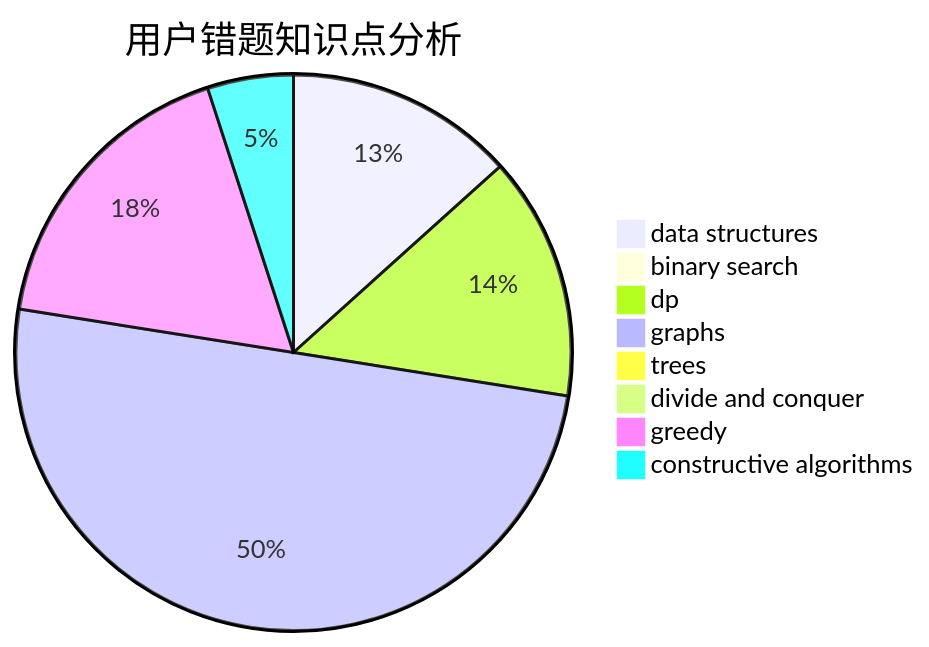
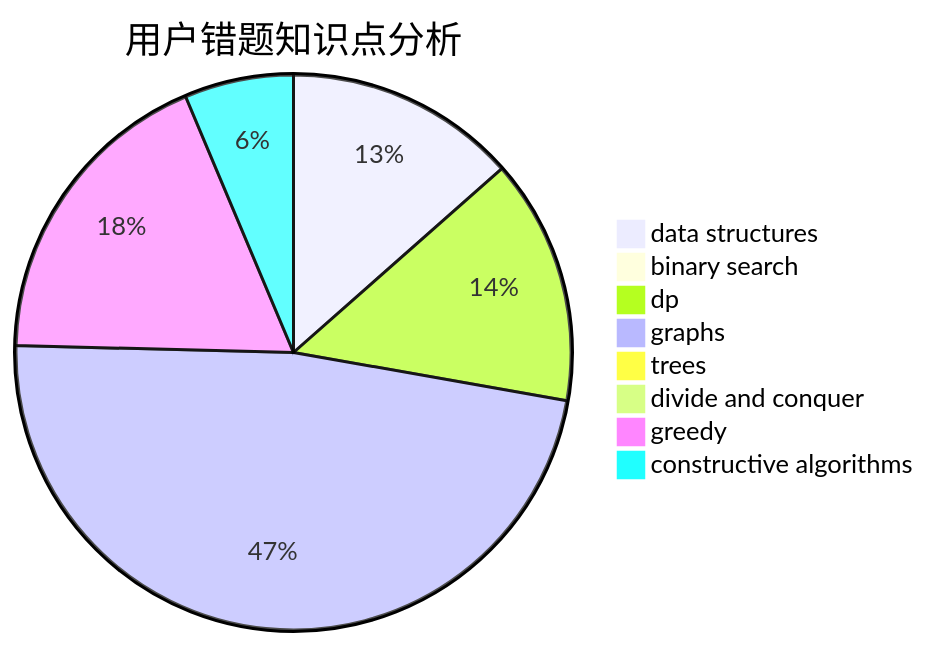
Before and after one commit to sherpahu/cfrs.github.io: the third of 3 diagrams in docs/user/u2448.md, drawn with Mermaid. The commit also changed other lines of this file and 2770 other files, not shown here.

````diff
--- a/docs/user/u2448.md
+++ b/docs/user/u2448.md
@@ -36,11 +36,11 @@
 ```mermaid
 pie title 用户错题知识点分析
-    "data structures" :  16
+    "data structures" :  17
     "binary search" :  0
-    "dp" :  17
+    "dp" :  18
     "graphs" :  60
     "trees" :  0
-    "divide and conquer" :  0
-    "greedy" :  21
-    "constructive algorithms" :  6
+    "divide and conquer" :  1
+    "greedy" :  23
+    "constructive algorithms" :  8
 ```
````
